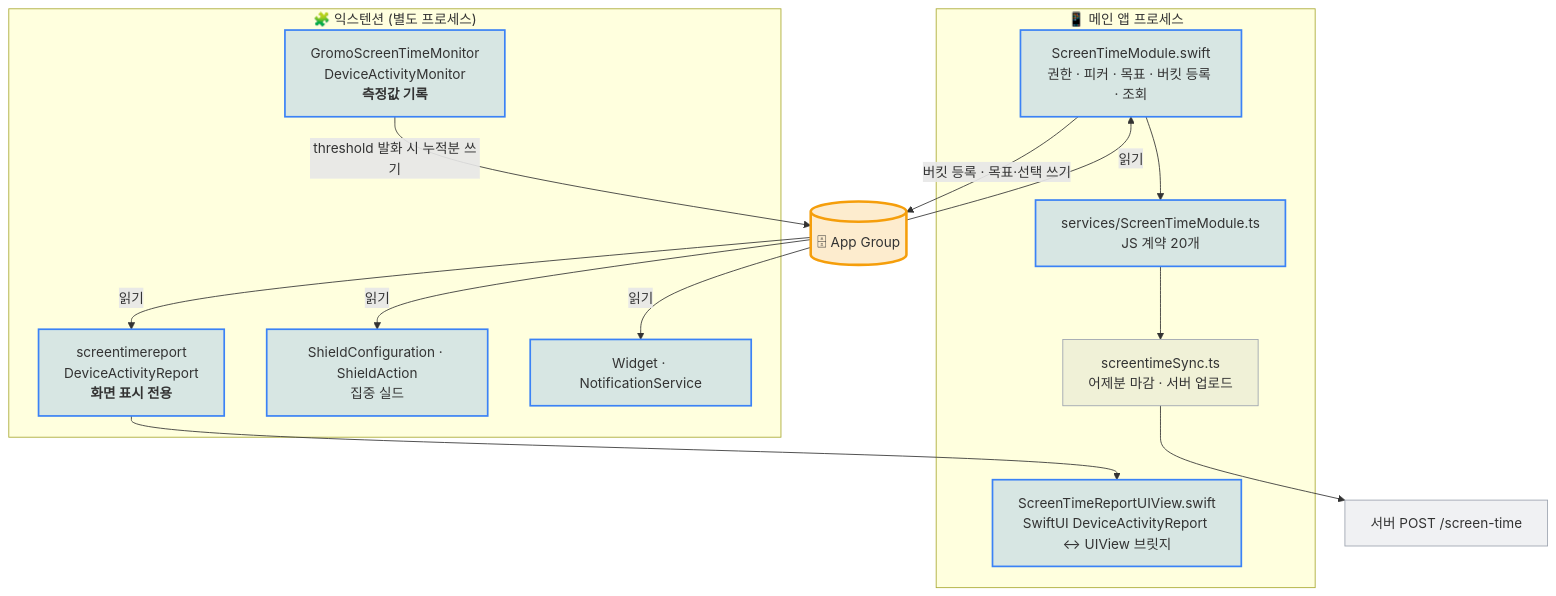
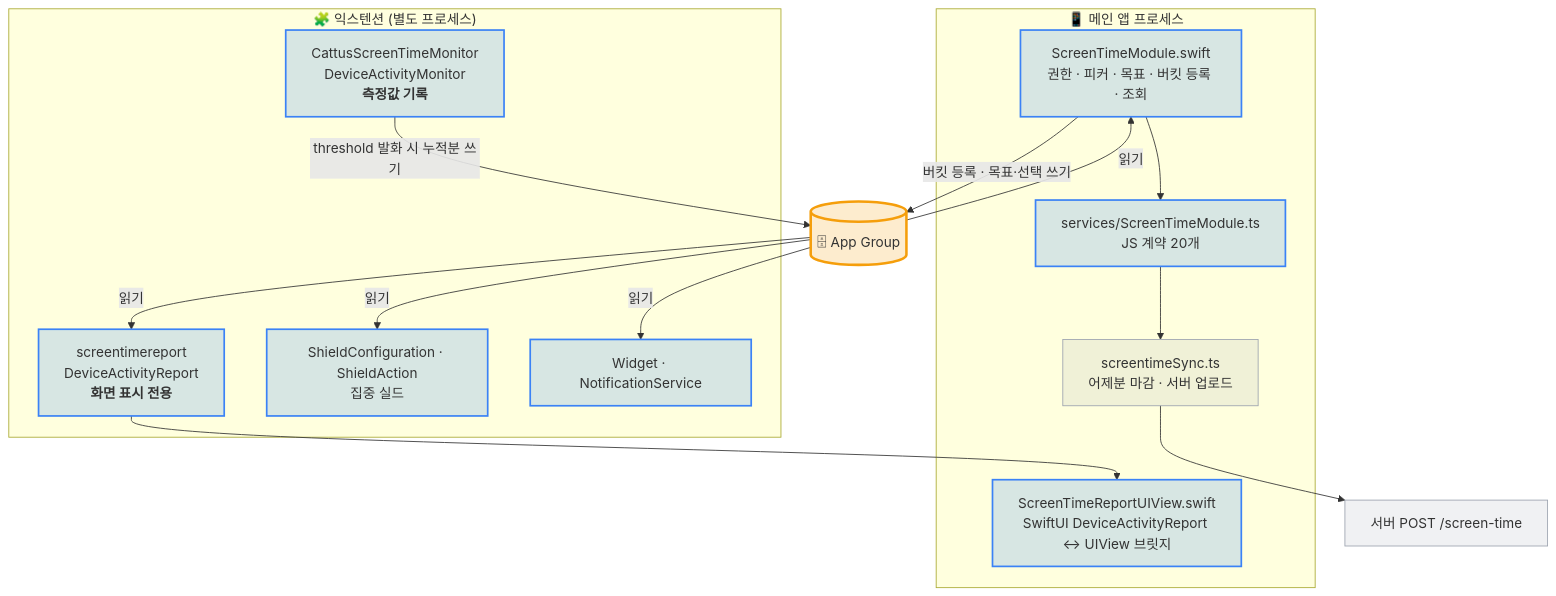
One commit to OneOrThree/phone changed diagram 12 of 27 in docs/prd/gromo/screentime/screentime.md. Above: the diagram before and after it, drawn with Mermaid. The commit also changed other lines of this file and 45 other files, not shown here.

First line of the commit message:
[CHORE] GROMO-2458 iOS 프로젝트·타깃 이름 GROMO를 Cattus로 바꾸고 앱 표시 이름을 집중할고양(ko)·cattus(en)으로 현지화한다

````diff
--- a/docs/prd/gromo/screentime/screentime.md
+++ b/docs/prd/gromo/screentime/screentime.md
@@ -283,29 +283,29 @@
 ```mermaid
 flowchart TD
     subgraph APP["📱 메인 앱 프로세스"]
         JS["services/ScreenTimeModule.ts<br/>JS 계약 20개"]:::o
         SW["ScreenTimeModule.swift<br/>권한 · 피커 · 목표 · 버킷 등록 · 조회"]:::o
         SYNC["screentimeSync.ts<br/>어제분 마감 · 서버 업로드"]:::jae
         RV["ScreenTimeReportUIView.swift<br/>SwiftUI DeviceActivityReport ↔ UIView 브릿지"]:::o
     end
 
     subgraph EXT["🧩 익스텐션 (별도 프로세스)"]
-        MON["GromoScreenTimeMonitor<br/>DeviceActivityMonitor<br/><b>측정값 기록</b>"]:::o
+        MON["CattusScreenTimeMonitor<br/>DeviceActivityMonitor<br/><b>측정값 기록</b>"]:::o
         REP["screentimereport<br/>DeviceActivityReport<br/><b>화면 표시 전용</b>"]:::o
         SH["ShieldConfiguration · ShieldAction<br/>집중 실드"]:::o
         WD["Widget · NotificationService"]:::o
     end
 
     AG[("🗄 App Group")]:::ag
     SRV["서버 POST /screen-time"]:::jae
 
     SW -->|"버킷 등록 · 목표·선택 쓰기"| AG
     MON -->|"threshold 발화 시 누적분 쓰기"| AG
     AG -->|"읽기"| SW --> JS --> SYNC --> SRV
     AG -->|"읽기"| REP --> RV
     AG -->|"읽기"| SH & WD
 
     classDef o fill:#3b82f633,stroke:#3b82f6,stroke-width:2px
     classDef jae fill:#9ca3af26,stroke:#9ca3af
     classDef ag fill:#f59e0b33,stroke:#f59e0b,stroke-width:3px
 ```
````
